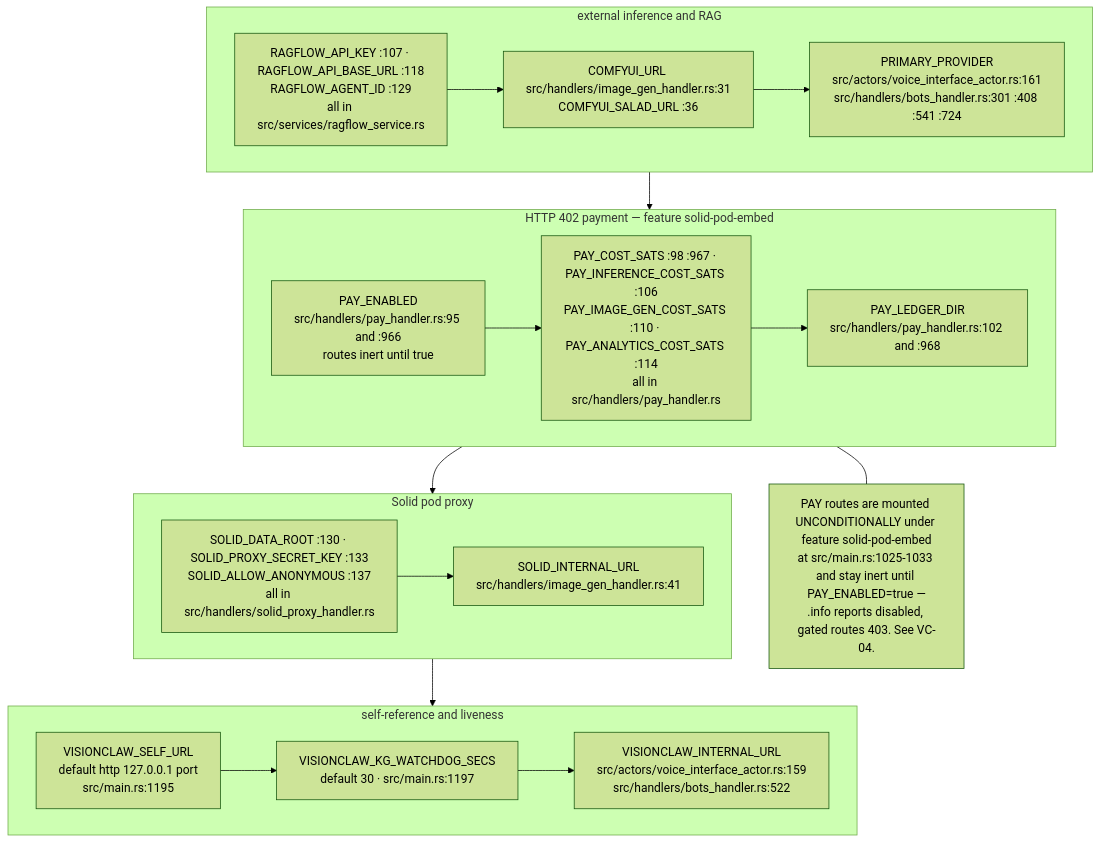
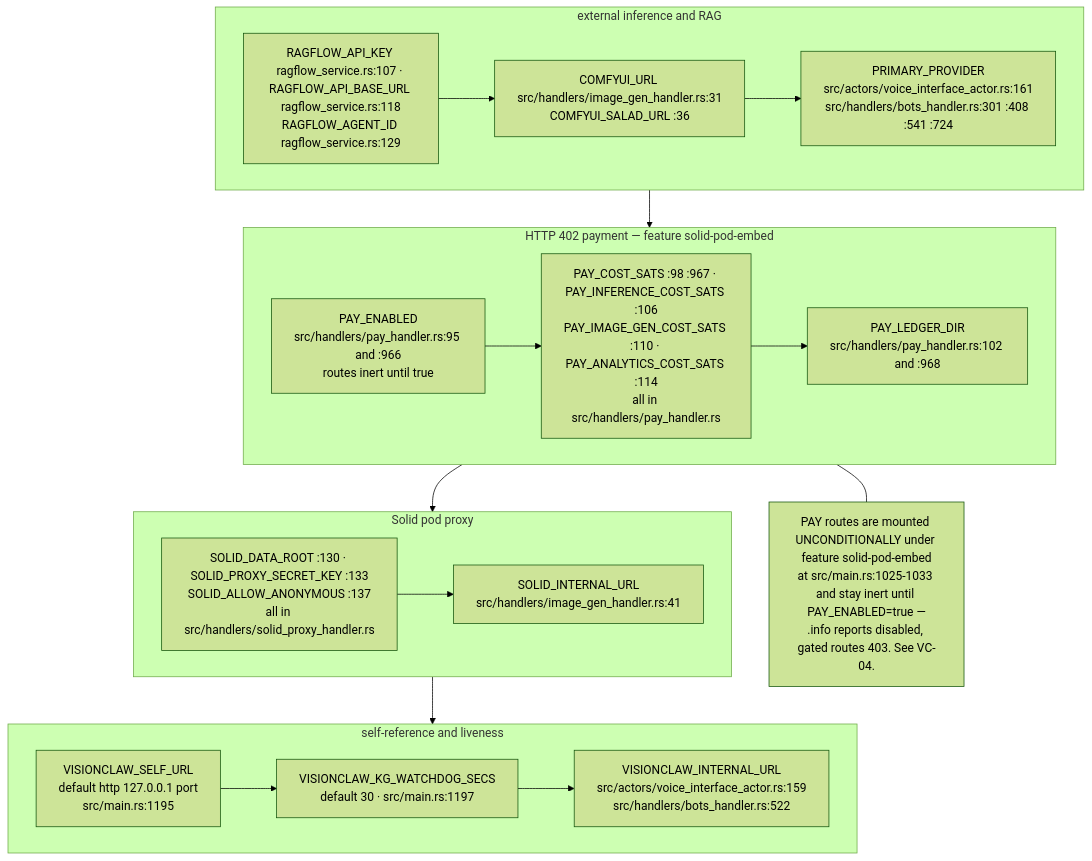
Diagram 13 of 15 in docs/diagrams/visionclaw/09-config-and-env-flags.md (DreamLab-AI/VisionFlow), drawn with Mermaid (forest theme) before and after one commit. The commit also changed other lines of this file and 52 other files, not shown here.

First line of the commit message:
docs(diagrams): wave 3 checkpoint — bare line refs resolved, revision-pinned cite-check, VC-05/AB-01..13 re-attested

````diff
--- a/docs/diagrams/visionclaw/09-config-and-env-flags.md
+++ b/docs/diagrams/visionclaw/09-config-and-env-flags.md
@@ -483,18 +484,18 @@
 ```mermaid
 flowchart TB
     subgraph EXT["external inference and RAG"]
-        X1["RAGFLOW_API_KEY :107 · RAGFLOW_API_BASE_URL :118<br/>RAGFLOW_AGENT_ID :129<br/>all in src/services/ragflow_service.rs"] --> X2["COMFYUI_URL src/handlers/image_gen_handler.rs:31<br/>COMFYUI_SALAD_URL :36"] --> X3["PRIMARY_PROVIDER<br/>src/actors/voice_interface_actor.rs:161<br/>src/handlers/bots_handler.rs:301 :408 :541 :724"]
+        X1["RAGFLOW_API_KEY ragflow_service.rs:107 · RAGFLOW_API_BASE_URL ragflow_service.rs:118<br/>RAGFLOW_AGENT_ID ragflow_service.rs:129"] --> X2["COMFYUI_URL src/handlers/image_gen_handler.rs:31<br/>COMFYUI_SALAD_URL :36"] --> X3["PRIMARY_PROVIDER<br/>src/actors/voice_interface_actor.rs:161<br/>src/handlers/bots_handler.rs:301 :408 :541 :724"]
     end
     subgraph PAY["HTTP 402 payment — feature solid-pod-embed"]
         P1["PAY_ENABLED<br/>src/handlers/pay_handler.rs:95 and :966<br/>routes inert until true"] --> P2["PAY_COST_SATS :98 :967 · PAY_INFERENCE_COST_SATS :106<br/>PAY_IMAGE_GEN_COST_SATS :110 · PAY_ANALYTICS_COST_SATS :114<br/>all in src/handlers/pay_handler.rs"] --> P3["PAY_LEDGER_DIR<br/>src/handlers/pay_handler.rs:102 and :968"]
     end
     subgraph SOLID["Solid pod proxy"]
         O1["SOLID_DATA_ROOT :130 · SOLID_PROXY_SECRET_KEY :133<br/>SOLID_ALLOW_ANONYMOUS :137<br/>all in src/handlers/solid_proxy_handler.rs"] --> O2["SOLID_INTERNAL_URL<br/>src/handlers/image_gen_handler.rs:41"]
     end
     subgraph SELF["self-reference and liveness"]
         F1["VISIONCLAW_SELF_URL<br/>default http 127.0.0.1 port<br/>src/main.rs:1195"] --> F2["VISIONCLAW_KG_WATCHDOG_SECS<br/>default 30 · src/main.rs:1197"] --> F3["VISIONCLAW_INTERNAL_URL<br/>src/actors/voice_interface_actor.rs:159<br/>src/handlers/bots_handler.rs:522"]
     end
     EXT --> PAY --> SOLID --> SELF
     N5["PAY routes are mounted UNCONDITIONALLY under feature solid-pod-embed<br/>at src/main.rs:1025-1033 and stay inert until PAY_ENABLED=true —<br/>.info reports disabled, gated routes 403. See VC-04."]
     PAY --- N5
 ```
````
